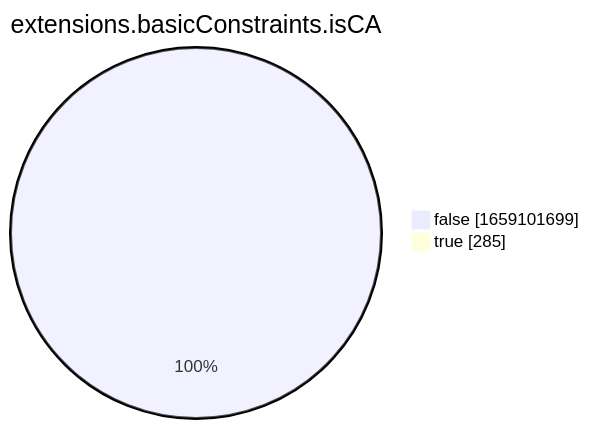
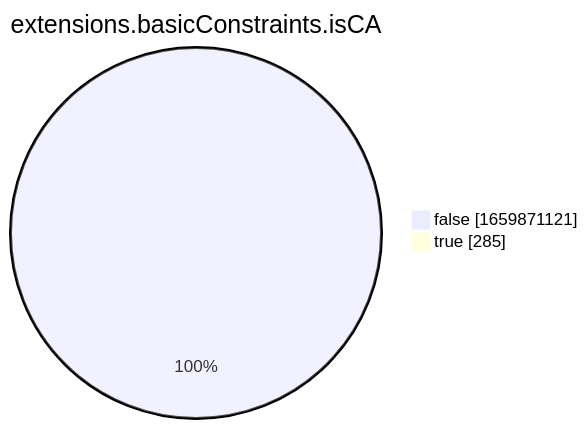
One commit to christiankrug/ctmonitor_visualization changed the eighth of 15 diagrams in xenon2022/README.md. Above: the diagram before and after it, drawn with Mermaid. The commit also changed other lines of this file, not shown here.

````diff
--- a/xenon2022/README.md
+++ b/xenon2022/README.md
@@ -2864,6 +2864,6 @@
 ```mermaid
 pie showData
 title extensions.basicConstraints.isCA
-"false" :1659101699
+"false" :1659871121
 "true" :285
 ```
````
